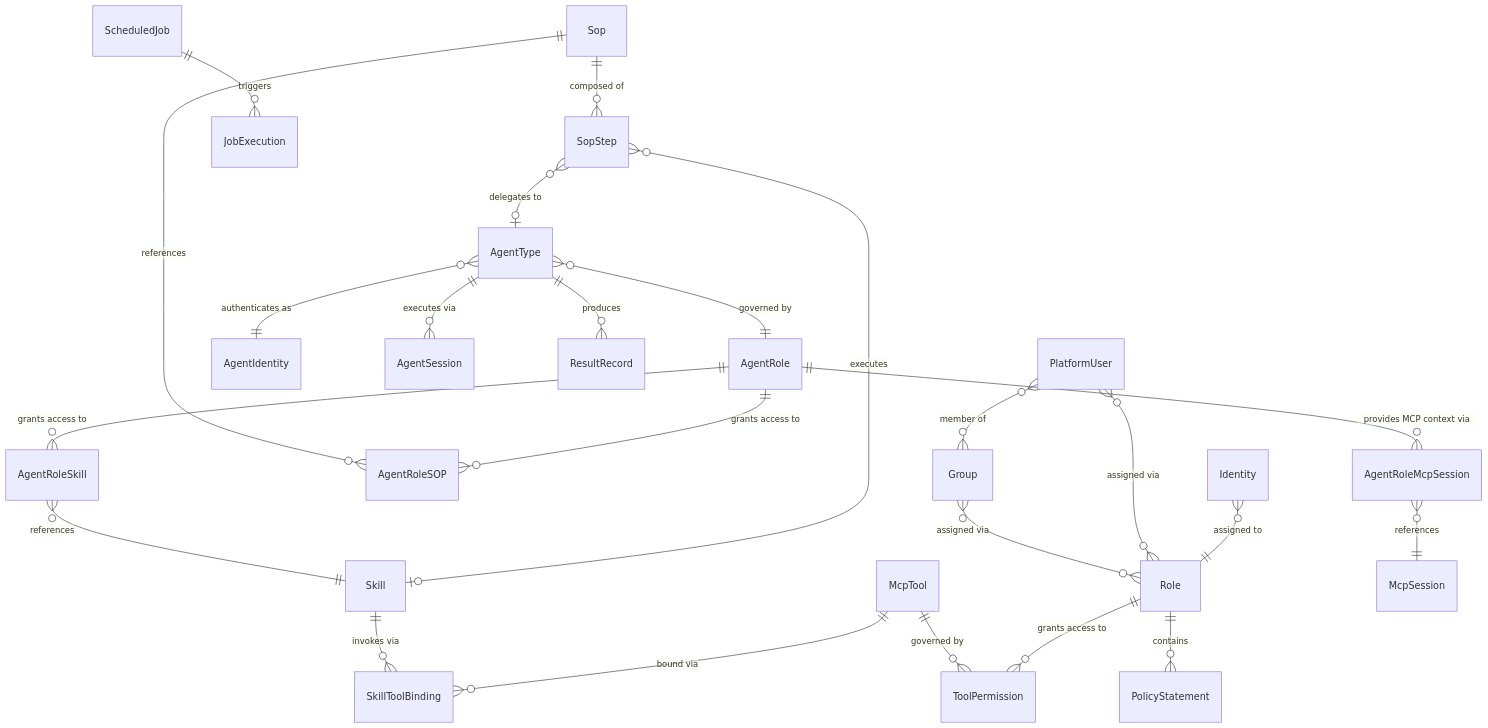
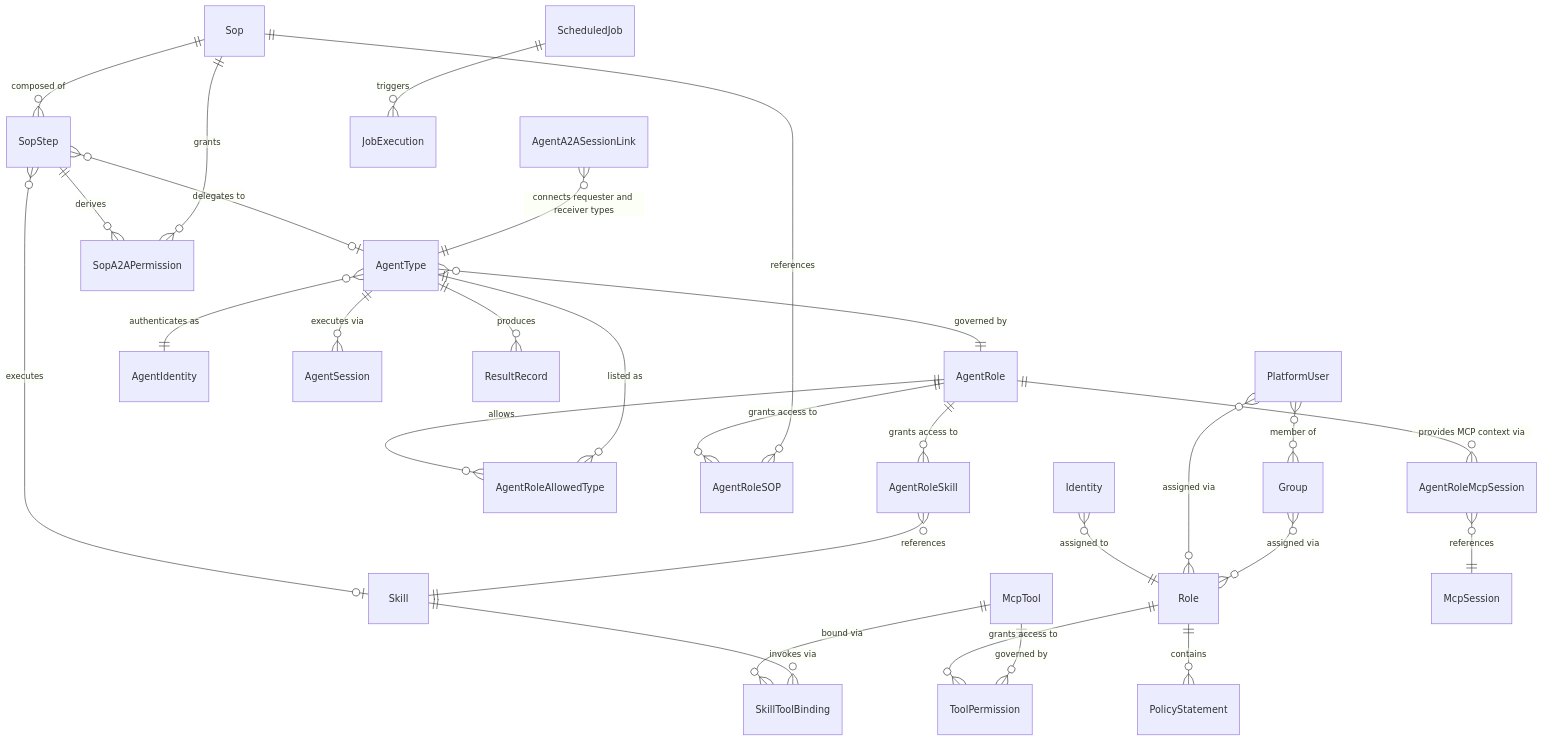
The ninth of 9 diagrams in docs/master/data-model/overview.md (hurungang/parthenon), drawn with Mermaid before and after one commit. The commit also changed other lines of this file and 170 other files, not shown here.

````diff
--- a/docs/master/data-model/overview.md
+++ b/docs/master/data-model/overview.md
@@ -629,26 +675,31 @@
 ```mermaid
 erDiagram
     Identity }o--|| Role : "assigned to"
     Role ||--o{ ToolPermission : "grants access to"
     McpTool ||--o{ ToolPermission : "governed by"
     McpTool ||--o{ SkillToolBinding : "bound via"
     Skill ||--o{ SkillToolBinding : "invokes via"
     Sop ||--o{ SopStep : "composed of"
     SopStep }o--o| Skill : "executes"
     SopStep }o--o| AgentType : "delegates to"
+    SopStep ||--o{ SopA2APermission : "derives"
+    Sop ||--o{ SopA2APermission : "grants"
     AgentType }o--|| AgentRole : "governed by"
+    AgentRole ||--o{ AgentRoleAllowedType : "allows"
+    AgentType ||--o{ AgentRoleAllowedType : "listed as"
     AgentRole ||--o{ AgentRoleSOP : "grants access to"
     AgentRoleSOP }o--|| Sop : "references"
     AgentRole ||--o{ AgentRoleSkill : "grants access to"
     AgentRoleSkill }o--|| Skill : "references"
     AgentRole ||--o{ AgentRoleMcpSession : "provides MCP context via"
     AgentRoleMcpSession }o--|| McpSession : "references"
     AgentType }o--|| AgentIdentity : "authenticates as"
     AgentType ||--o{ AgentSession : "executes via"
+    AgentA2ASessionLink }o--|| AgentType : "connects requester and receiver types"
     AgentType ||--o{ ResultRecord : "produces"
     ScheduledJob ||--o{ JobExecution : "triggers"
     Role ||--o{ PolicyStatement : "contains"
     PlatformUser }o--o{ Role : "assigned via"
     PlatformUser }o--o{ Group : "member of"
     Group }o--o{ Role : "assigned via"
 ```
````
